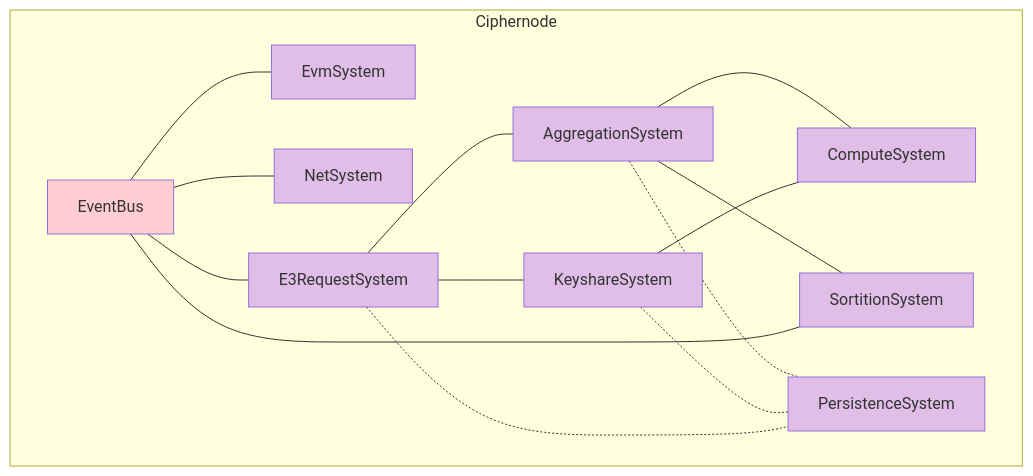
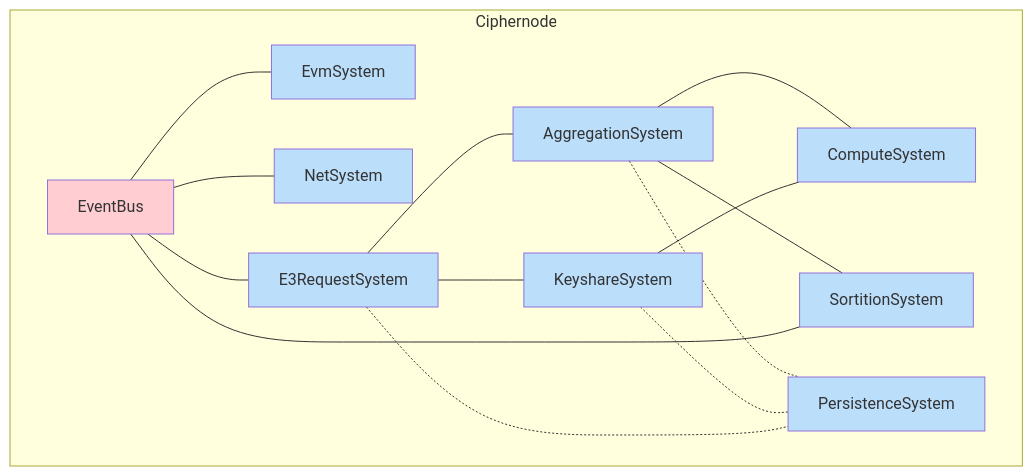
The diagram in architecture/content/systems/Ciphernode System Overview.md (gnosisguild/enclave), drawn with Mermaid before and after one commit. The commit also changed 27 other files, not shown here.

````diff
--- a/architecture/content/systems/Ciphernode System Overview.md
+++ b/architecture/content/systems/Ciphernode System Overview.md
@@ -9,47 +9,47 @@
 ```mermaid
 flowchart TB
     subgraph s1["Ciphernode"]
         EVM["EvmSystem"]
         EB["EventBus"]
         NET["NetSystem"]
 		R["E3RequestSystem"]
         KS["KeyshareSystem"]
         COM["ComputeSystem"]
         P["PersistenceSystem"]
         AS["AggregationSystem"]
         SS["SortitionSystem"]
     end
 
 	EB --- EVM
     EB --- NET
     R --- AS
     R --- KS
     EB --- R
     AS --- COM
     KS --- COM
     AS --- SS
     EB --- SS
     AS -.- P
     KS -.- P
     R -.- P
 
     EVM:::internal-link
     EB:::internal-link
     NET:::internal-link
     COM:::internal-link
     R:::internal-link
     AS:::internal-link
     KS:::internal-link
     SS:::internal-link
     P:::internal-link
 
-    style EVM fill:#E1BEE7
+    style EVM fill:#BBDEFB
     style EB fill:#FFCDD2
-    style NET fill:#E1BEE7
-    style R fill:#E1BEE7
-	style KS fill:#E1BEE7
-    style COM fill:#E1BEE7
-    style AS fill:#E1BEE7
-    style SS fill:#E1BEE7
-	style P fill:#E1BEE7
+    style NET fill:#BBDEFB
+    style R fill:#BBDEFB
+	style KS fill:#BBDEFB
+    style COM fill:#BBDEFB
+    style AS fill:#BBDEFB
+    style SS fill:#BBDEFB
+	style P fill:#BBDEFB
 ```
````
